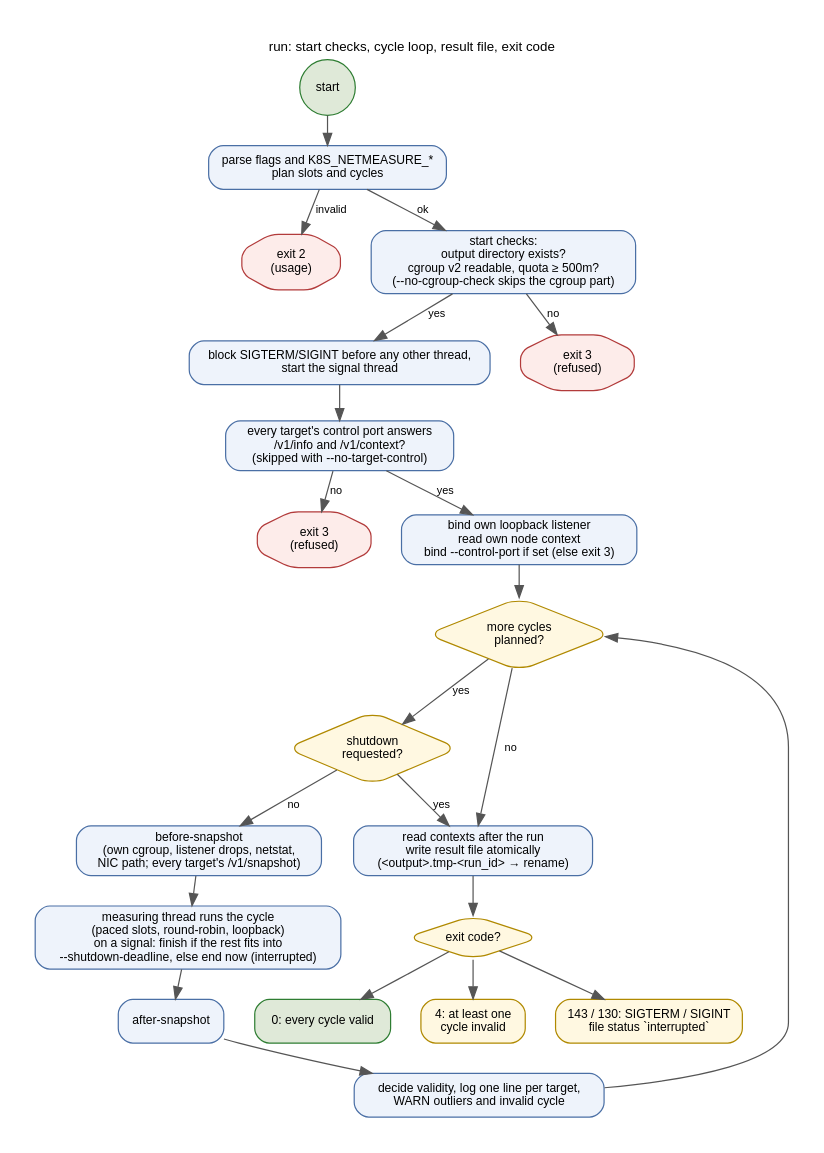
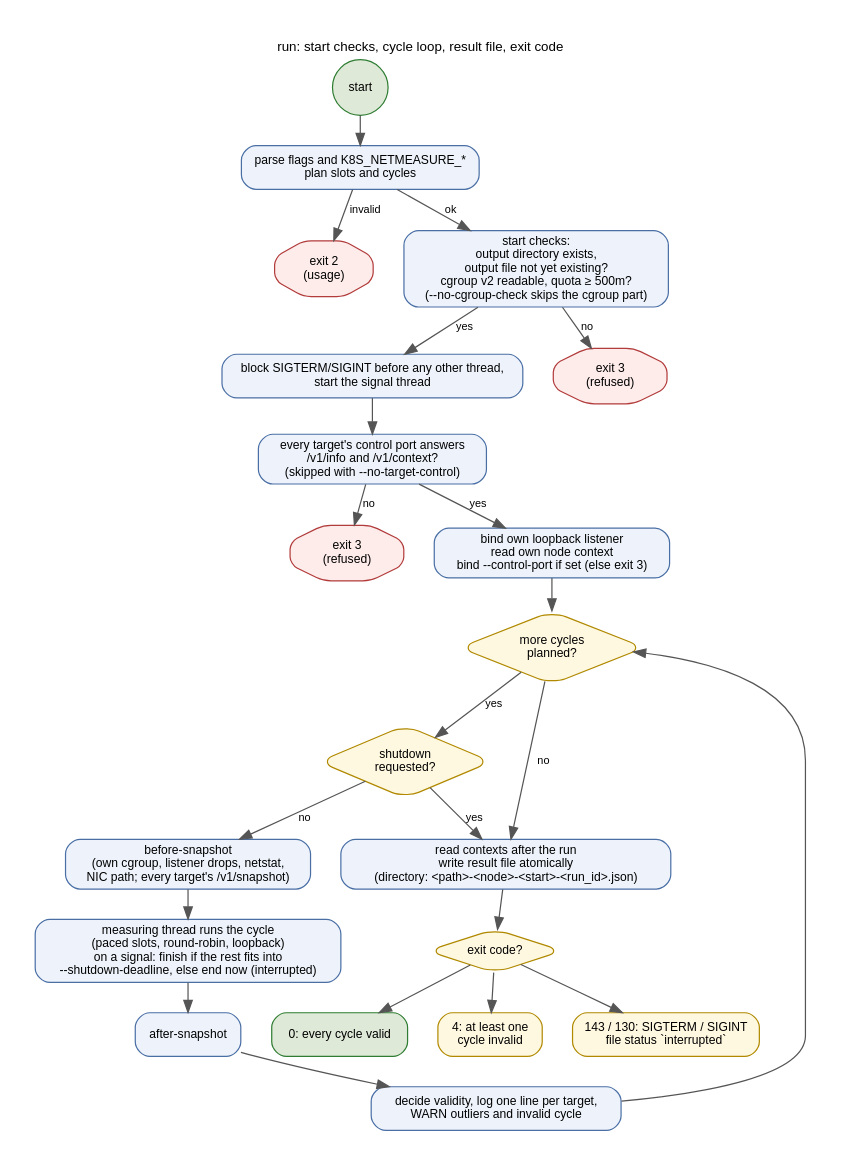
Before and after one commit to git001/k8s-netmeasure-rs: the diagram in docs/user/diagrams/run-lifecycle.dot, drawn with Graphviz. The commit also changed 14 other files, not shown here.

First line of the commit message:
run: never overwrite a result file; name it automatically in a directory

```diff
--- a/docs/user/diagrams/run-lifecycle.dot
+++ b/docs/user/diagrams/run-lifecycle.dot
@@ -1,45 +1,45 @@
 // What `run` does from start to exit.
 digraph run_lifecycle {
   graph [rankdir=TB, fontname="Helvetica", fontsize=11, nodesep=0.35, ranksep=0.32, pad=0.3,
          label="run: start checks, cycle loop, result file, exit code", labelloc=t];
   node  [shape=box, style="rounded,filled", fontname="Helvetica", fontsize=10, fillcolor="#eef3fb", color="#4a6fa5"];
   edge  [fontname="Helvetica", fontsize=9, color="#555555"];
 
   start   [label="start", shape=circle, width=0.5, fillcolor="#dfe9d8", color="#2e7d32"];
   config  [label="parse flags and K8S_NETMEASURE_*\nplan slots and cycles"];
   e2      [label="exit 2\n(usage)", shape=octagon, fillcolor="#fdecea", color="#b23b3b"];
-  checks  [label="start checks:\noutput directory exists?\ncgroup v2 readable, quota ≥ 500m?\n(--no-cgroup-check skips the cgroup part)"];
+  checks  [label="start checks:\noutput directory exists,\noutput file not yet existing?\ncgroup v2 readable, quota ≥ 500m?\n(--no-cgroup-check skips the cgroup part)"];
   signals [label="block SIGTERM/SIGINT before any other thread,\nstart the signal thread"];
   remote  [label="every target's control port answers\n/v1/info and /v1/context?\n(skipped with --no-target-control)"];
   e3b     [label="exit 3\n(refused)", shape=octagon, fillcolor="#fdecea", color="#b23b3b"];
   e3      [label="exit 3\n(refused)", shape=octagon, fillcolor="#fdecea", color="#b23b3b"];
   setup   [label="bind own loopback listener\nread own node context\nbind --control-port if set (else exit 3)"];
   more    [label="more cycles\nplanned?", shape=diamond, fillcolor="#fff8e1", color="#b08900"];
   sig     [label="shutdown\nrequested?", shape=diamond, fillcolor="#fff8e1", color="#b08900"];
   before  [label="before-snapshot\n(own cgroup, listener drops, netstat,\nNIC path; every target's /v1/snapshot)"];
   cycle   [label="measuring thread runs the cycle\n(paced slots, round-robin, loopback)\non a signal: finish if the rest fits into\n--shutdown-deadline, else end now (interrupted)"];
   after   [label="after-snapshot"];
   valid   [label="decide validity, log one line per target,\nWARN outliers and invalid cycle"];
-  write   [label="read contexts after the run\nwrite result file atomically\n(<output>.tmp-<run_id> → rename)"];
+  write   [label="read contexts after the run\nwrite result file atomically\n(directory: <path>-<node>-<start>-<run_id>.json)"];
   exit    [label="exit code?", shape=diamond, fillcolor="#fff8e1", color="#b08900"];
   e0      [label="0: every cycle valid", shape=box, fillcolor="#dfe9d8", color="#2e7d32"];
   e4      [label="4: at least one\ncycle invalid", shape=box, fillcolor="#fff8e1", color="#b08900"];
   e143    [label="143 / 130: SIGTERM / SIGINT\nfile status `interrupted`", shape=box, fillcolor="#fff8e1", color="#b08900"];
 
   start -> config;
   config -> e2 [label="invalid"];
   config -> checks [label="ok"];
   checks -> e3 [label="no"];
   checks -> signals [label="yes"];
   signals -> remote;
   remote -> e3b [label="no"];
   remote -> setup [label="yes"];
   setup -> more;
   more -> sig [label="yes"];
   sig -> before [label="no"];
   before -> cycle -> after -> valid -> more;
   sig -> write [label="yes"];
   more -> write [label="no"];
   write -> exit;
   exit -> e0; exit -> e4; exit -> e143;
 }
```
